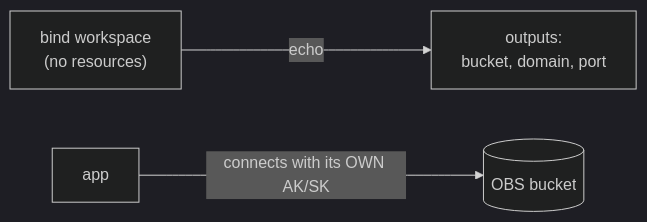
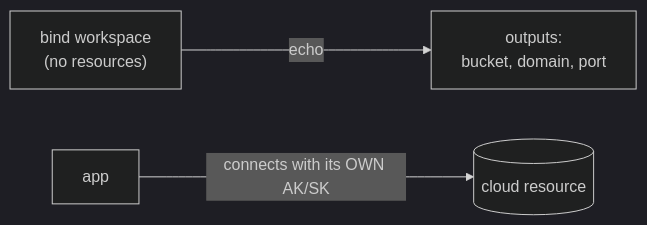
The second of 7 diagrams in docs/bind-model.md (alex-tw-lam/csb-brokerpak-hcs), drawn with Mermaid (dark theme) before and after one commit. The commit also changed other lines of this file and 40 other files, not shown here.

````diff
--- a/docs/bind-model.md
+++ b/docs/bind-model.md
@@ -40,5 +40,5 @@
 ```mermaid
 flowchart LR
     B["bind workspace<br/>(no resources)"] -->|echo| O["outputs:<br/>bucket, domain, port"]
-    A["app"] -->|"connects with its OWN AK/SK"| R[("OBS bucket")]
+    A["app"] -->|"connects with its OWN AK/SK"| R[("cloud resource")]
 ```
````
